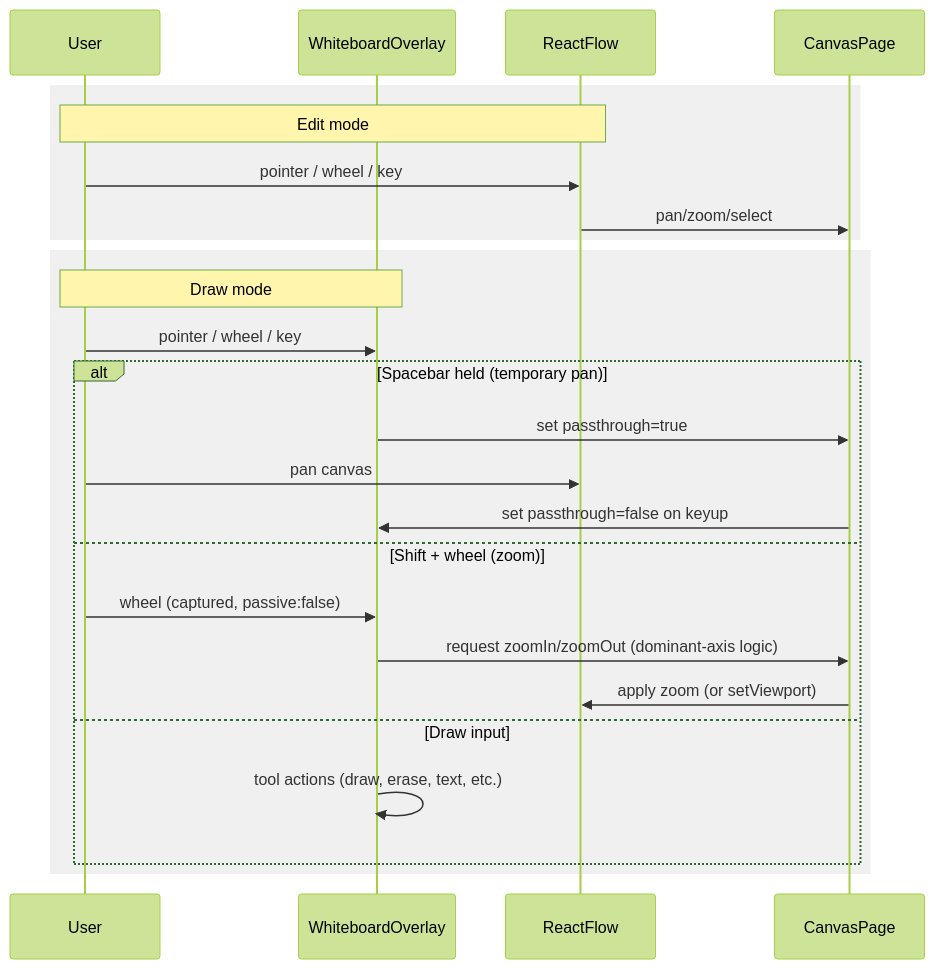
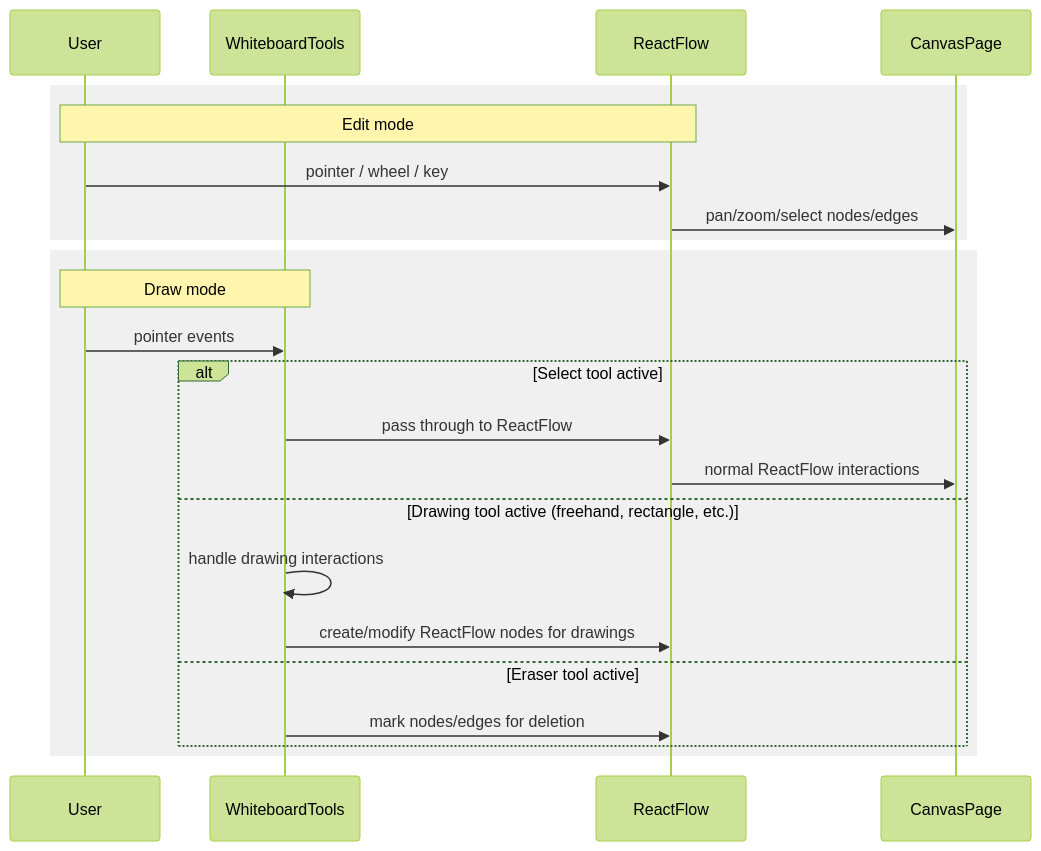
Before and after one commit to nadeemramli/metrimap: the second of 2 diagrams in docs/editor/DRAW_MODE_ARCHITECTURE.md, drawn with Mermaid (forest theme). The commit also changed other lines of this file and 65 other files, not shown here.

````diff
--- a/docs/editor/DRAW_MODE_ARCHITECTURE.md
+++ b/docs/editor/DRAW_MODE_ARCHITECTURE.md
@@ -38,29 +36,27 @@
 ```mermaid
 sequenceDiagram
   participant U as User
-  participant WB as WhiteboardOverlay
+  participant WT as WhiteboardTools
   participant RF as ReactFlow
   participant CP as CanvasPage
 
   rect rgb(240,240,240)
   Note over U,RF: Edit mode
   U->>RF: pointer / wheel / key
-  RF->>CP: pan/zoom/select
+  RF->>CP: pan/zoom/select nodes/edges
   end
 
   rect rgb(240,240,240)
-  Note over U,WB: Draw mode
-  U->>WB: pointer / wheel / key
-  alt Spacebar held (temporary pan)
-    WB->>CP: set passthrough=true
-    U->>RF: pan canvas
-    CP->>WB: set passthrough=false on keyup
-  else Shift + wheel (zoom)
-    U->>WB: wheel (captured, passive:false)
-    WB->>CP: request zoomIn/zoomOut (dominant-axis logic)
-    CP->>RF: apply zoom (or setViewport)
-  else Draw input
-    WB->>WB: tool actions (draw, erase, text, etc.)
+  Note over U,WT: Draw mode
+  U->>WT: pointer events
+  alt Select tool active
+    WT->>RF: pass through to ReactFlow
+    RF->>CP: normal ReactFlow interactions
+  else Drawing tool active (freehand, rectangle, etc.)
+    WT->>WT: handle drawing interactions
+    WT->>RF: create/modify ReactFlow nodes for drawings
+  else Eraser tool active
+    WT->>RF: mark nodes/edges for deletion
   end
   end
 ```
````
